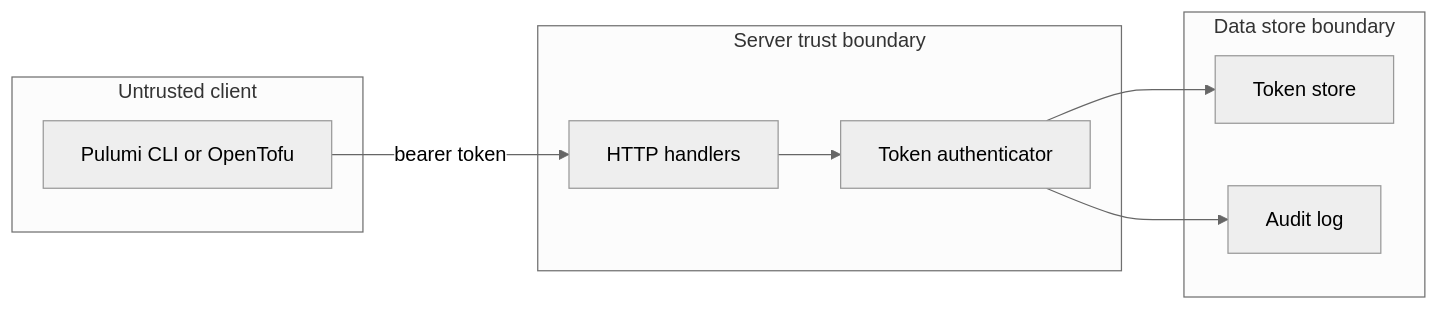
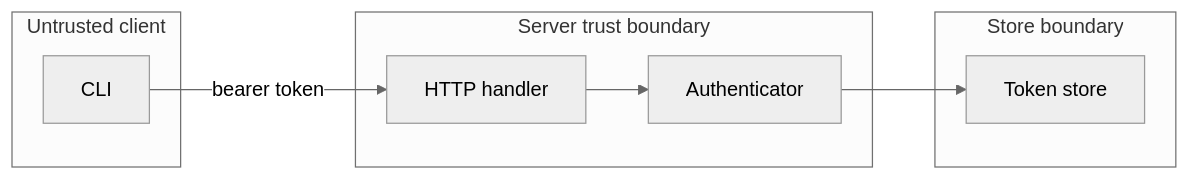
One commit to OpenDustpan/OpenDustpan changed the fourth of 4 diagrams in openspec/changes/token-life-cycle-expiry-email-token-expiry-enforcement/design.md. Above: the diagram before and after it, drawn with Mermaid (neutral theme). The commit also changed other lines of this file and 12 other files, not shown here.

````diff
--- a/openspec/changes/token-life-cycle-expiry-email-token-expiry-enforcement/design.md
+++ b/openspec/changes/token-life-cycle-expiry-email-token-expiry-enforcement/design.md
@@ -79,18 +70,16 @@
 ```mermaid
 flowchart LR
  subgraph Client[Untrusted client]
- CLI[Pulumi CLI or OpenTofu]
+ CLI[CLI]
  end
  subgraph Server[Server trust boundary]
- H[HTTP handlers]
- A[Token authenticator]
+ H[HTTP handler]
+ A[Authenticator]
  end
- subgraph Data[Data store boundary]
+ subgraph Data[Store boundary]
  S[Token store]
- L[Audit log]
  end
  CLI -->|bearer token| H
  H --> A
  A --> S
- A --> L
 ```
````
